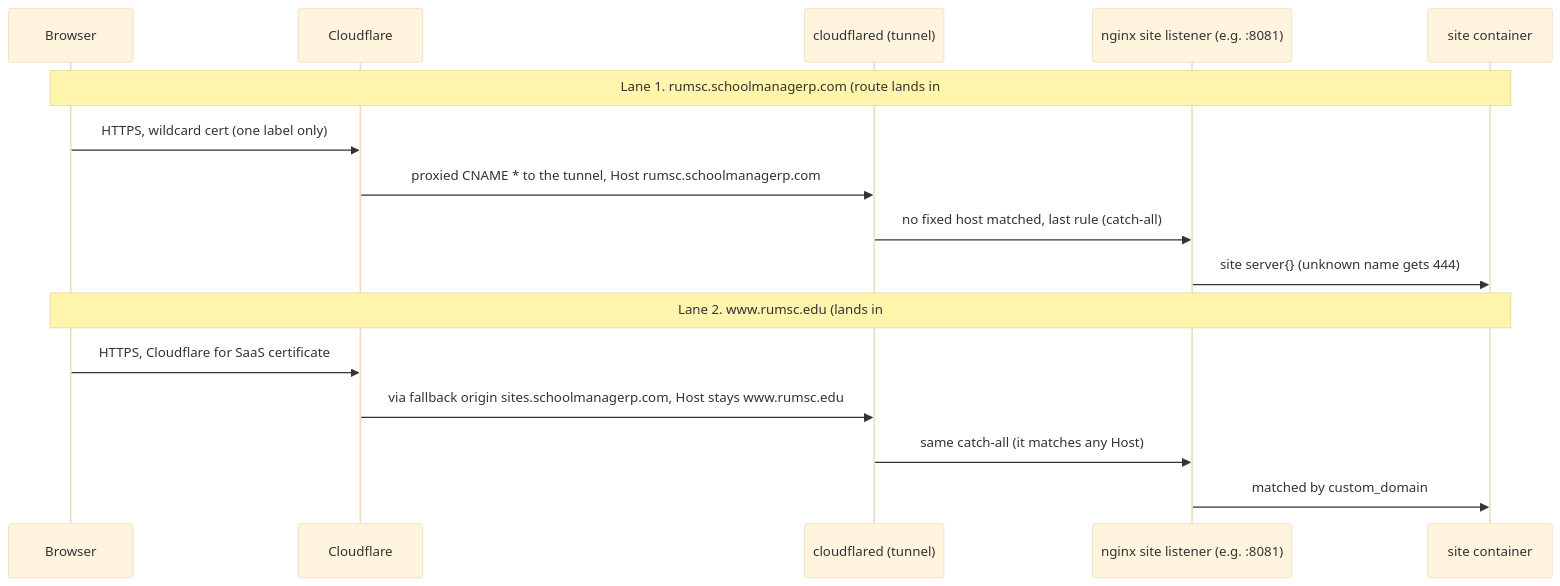
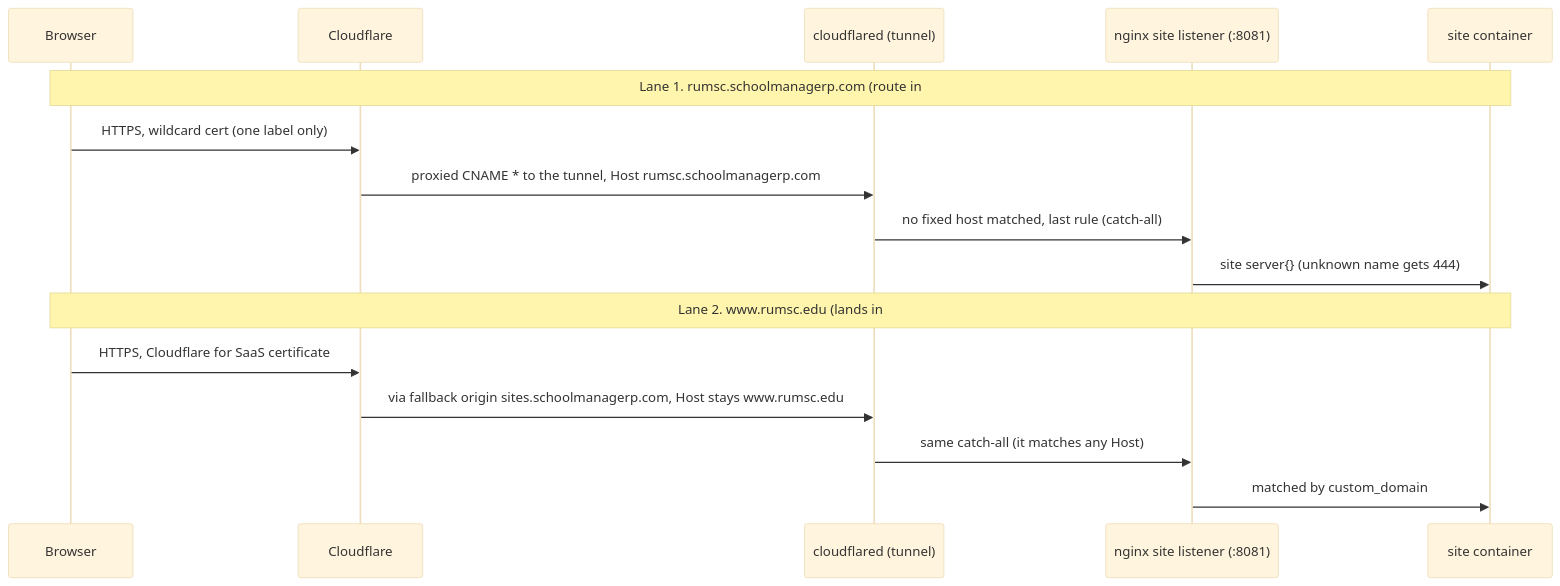
Before and after one commit to LBCron/biddaloy: the second of 4 diagrams in docs/architecture/25-cloudflare.md, drawn with Mermaid (base theme). The commit also changed other lines of this file and 21 other files, not shown here.

First line of the commit message:
feat(infra): school-site nginx listener :8081, site service, biddaloy-site image (#3620)

````diff
--- a/docs/architecture/25-cloudflare.md
+++ b/docs/architecture/25-cloudflare.md
@@ -46,18 +46,18 @@
 ```mermaid
 sequenceDiagram
   participant B as Browser
   participant CF as Cloudflare
   participant T as cloudflared (tunnel)
-  participant N as nginx site listener (e.g. :8081)
+  participant N as nginx site listener (:8081)
   participant S as site container
-  Note over B,S: Lane 1. rumsc.schoolmanagerp.com (route lands in #3620 / #3655)
+  Note over B,S: Lane 1. rumsc.schoolmanagerp.com (route in #3620)
   B->>CF: HTTPS, wildcard cert (one label only)
   CF->>T: proxied CNAME * to the tunnel, Host rumsc.schoolmanagerp.com
   T->>N: no fixed host matched, last rule (catch-all)
   N->>S: site server{} (unknown name gets 444)
   Note over B,S: Lane 2. www.rumsc.edu (lands in #3646 / #3655)
   B->>CF: HTTPS, Cloudflare for SaaS certificate
   CF->>T: via fallback origin sites.schoolmanagerp.com, Host stays www.rumsc.edu
   T->>N: same catch-all (it matches any Host)
   N->>S: matched by custom_domain
 ```
````
